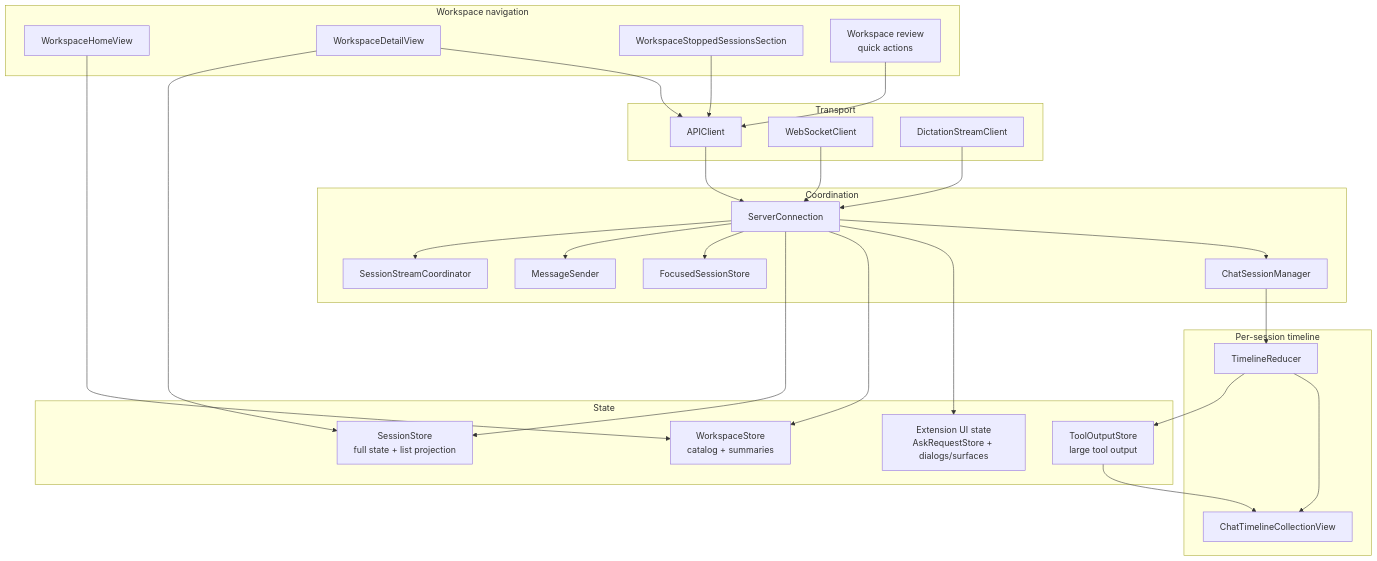
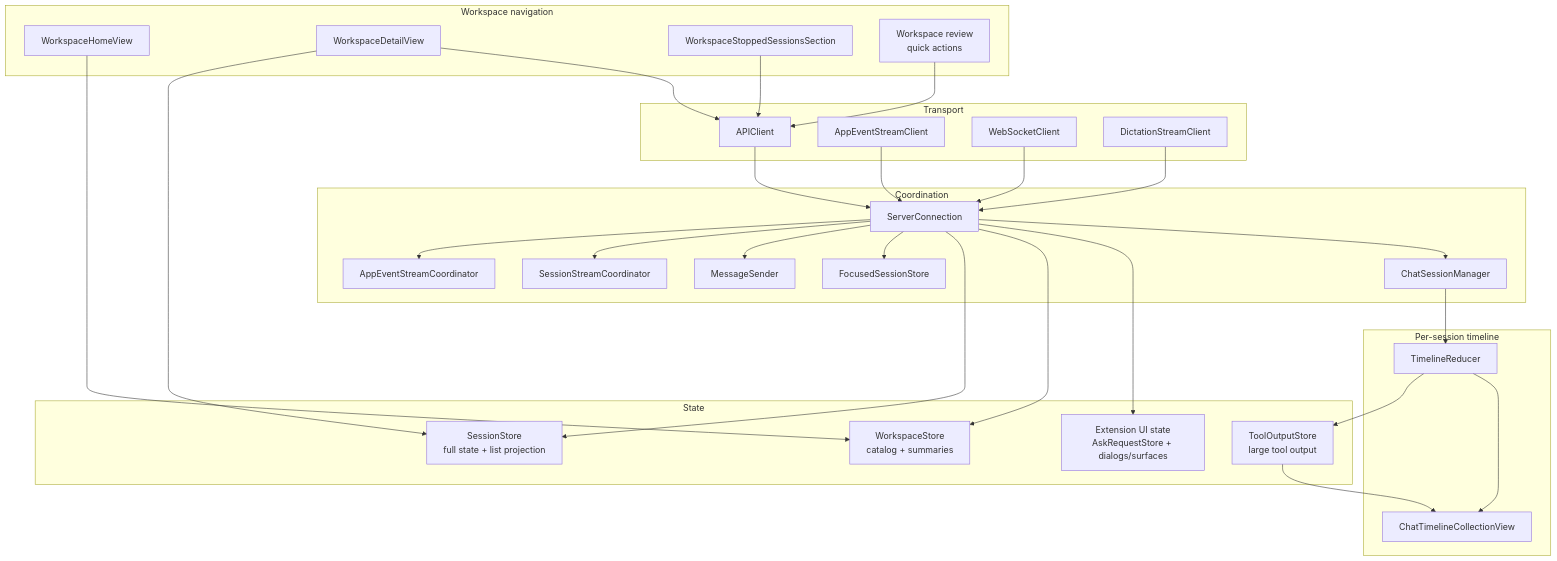
The sixth of 7 diagrams in docs/architecture.md (duh17/oppi), drawn with Mermaid before and after one commit. The commit also changed other lines of this file and 6 other files, not shown here.

Commit message:
docs: document extension and attachment flows

````diff
--- a/docs/architecture.md
+++ b/docs/architecture.md
@@ -197,55 +203,59 @@
 ```mermaid
 graph TD
   subgraph Transport[Transport]
     API[APIClient]
+    AppEventClient[AppEventStreamClient]
     SessionClient[WebSocketClient]
     AudioClient[DictationStreamClient]
   end
 
   subgraph Coordination[Coordination]
     Connection[ServerConnection]
+    AppEventCoord[AppEventStreamCoordinator]
     StreamCoord[SessionStreamCoordinator]
     Sender[MessageSender]
     Focus[FocusedSessionStore]
     ChatManager[ChatSessionManager]
   end
 
   subgraph State[State]
     SessionStore[SessionStore<br/>full state + list projection]
     WorkspaceStore[WorkspaceStore<br/>catalog + summaries]
     ExtensionUIState[Extension UI state<br/>AskRequestStore + dialogs/surfaces]
     ToolOutputStore[ToolOutputStore<br/>large tool output]
   end
 
   subgraph WorkspaceViews[Workspace navigation]
     Home[WorkspaceHomeView]
     Detail[WorkspaceDetailView]
     Archive[WorkspaceStoppedSessionsSection]
     Review[Workspace review<br/>quick actions]
   end
 
   subgraph Timeline[Per-session timeline]
     Reducer[TimelineReducer]
     UIKit[ChatTimelineCollectionView]
   end
 
   API --> Connection
+  AppEventClient --> Connection
   SessionClient --> Connection
   AudioClient --> Connection
+  Connection --> AppEventCoord
   Connection --> StreamCoord
   Connection --> Sender
   Connection --> Focus
   Connection --> SessionStore
   Connection --> WorkspaceStore
   Connection --> ExtensionUIState
   Connection --> ChatManager
   Home --> WorkspaceStore
   Detail --> SessionStore
   Detail --> API
   Archive --> API
   Review --> API
   ChatManager --> Reducer
   Reducer --> ToolOutputStore
   ToolOutputStore --> UIKit
   Reducer --> UIKit
 ```
````
